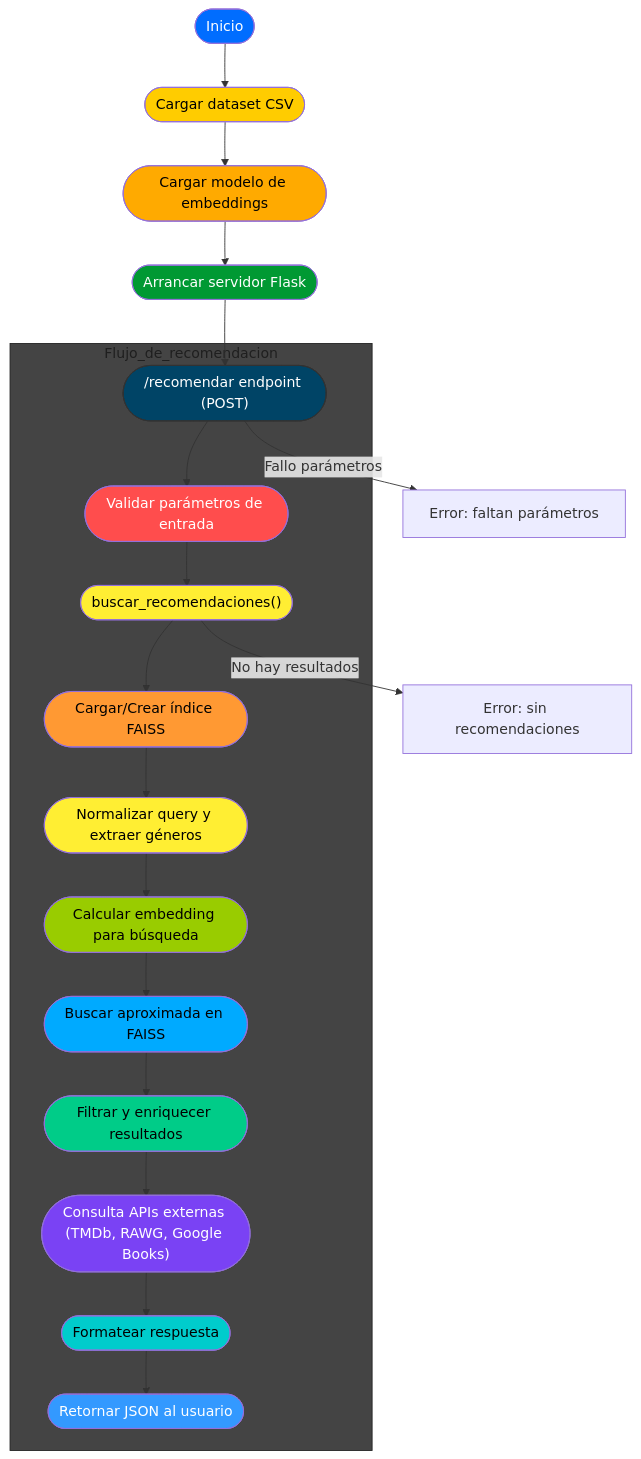
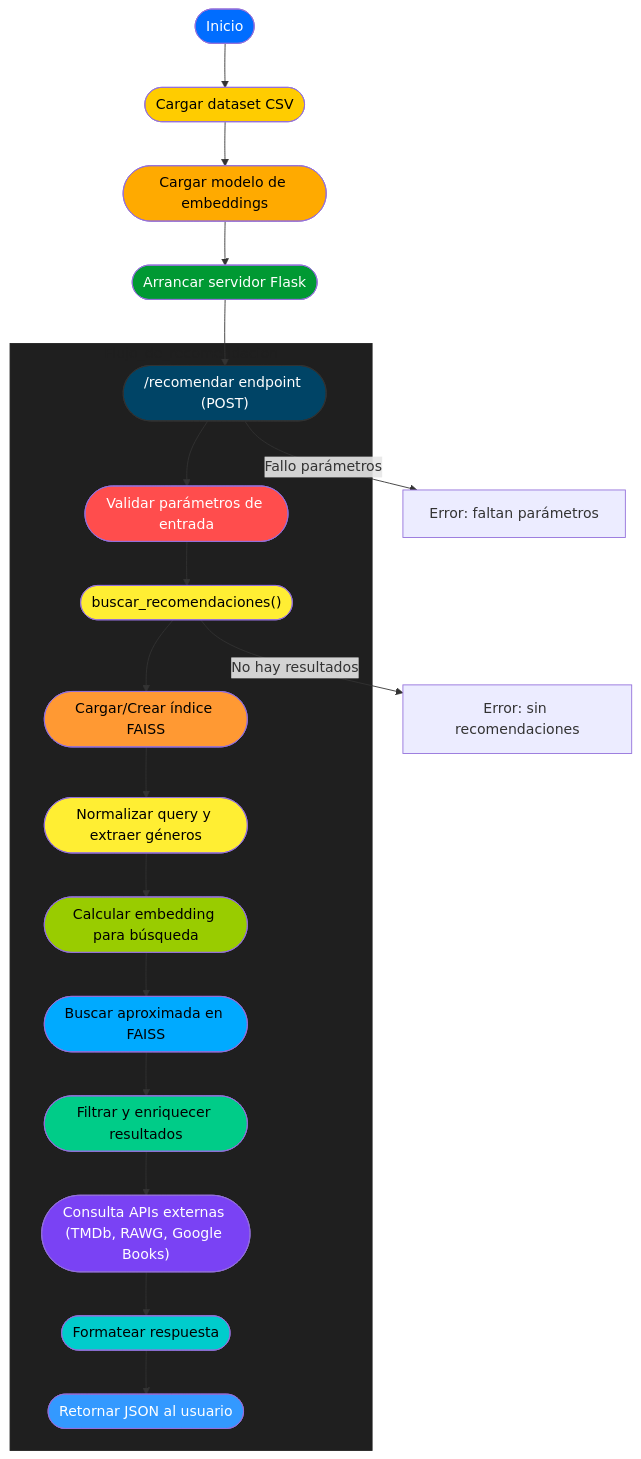
The diagram in README.md (GerardoBlazquez/Sistema-de-Recomendaciones-Cruzadas), drawn with Mermaid before and after one commit.

````diff
--- a/README.md
+++ b/README.md
@@ -45,50 +45,50 @@
 ```mermaid
 flowchart TD
     INICIO([Inicio])
     LOAD_DATASET(["Cargar dataset CSV"])
     LOAD_MODEL(["Cargar modelo de embeddings"])
     START_FLASK(["Arrancar servidor Flask"])
     RECOMENDAR_ENDPOINT(["/recomendar endpoint (POST)"])
 
     INICIO --> LOAD_DATASET
     LOAD_DATASET --> LOAD_MODEL
     LOAD_MODEL --> START_FLASK
     START_FLASK --> RECOMENDAR_ENDPOINT
 
     subgraph Flujo_de_recomendacion
         RECOMENDAR_ENDPOINT --> VALIDA_PARAMS(["Validar parámetros de entrada"])
         VALIDA_PARAMS --> BUSCA_RECOMENDACIONES(["buscar_recomendaciones()"])
         BUSCA_RECOMENDACIONES --> DATOS_INDEX(["Cargar/Crear índice FAISS"])
         DATOS_INDEX --> NORMALIZA_QUERY(["Normalizar query y extraer géneros"])
         NORMALIZA_QUERY --> CALC_EMBEDDING(["Calcular embedding para búsqueda"])
         CALC_EMBEDDING --> FAISS_SEARCH(["Buscar aproximada en FAISS"])
         FAISS_SEARCH --> FILTRA_RESULTADOS(["Filtrar y enriquecer resultados"])
         FILTRA_RESULTADOS --> EXTERNAL_API(["Consulta APIs externas (TMDb, RAWG, Google Books)"])
         EXTERNAL_API --> FORMATEA_RESPONSE(["Formatear respuesta"])
         FORMATEA_RESPONSE --> RETURN_JSON(["Retornar JSON al usuario"])
     end
 
     RECOMENDAR_ENDPOINT -->|Fallo parámetros| ERROR_PARAMS["Error: faltan parámetros"]
     BUSCA_RECOMENDACIONES -->|No hay resultados| ERROR_NO_RESULTS["Error: sin recomendaciones"]
 
     %% Estilos con más contraste
     style INICIO fill:#006dff,color:#ffffff
     style LOAD_DATASET fill:#ffcc00,color:#000000
     style LOAD_MODEL fill:#ffaa00,color:#000000
     style START_FLASK fill:#009933,color:#ffffff
     style RECOMENDAR_ENDPOINT fill:#004466,stroke:#333,color:#ffffff
 
     style VALIDA_PARAMS fill:#ff4d4d,color:#ffffff
     style BUSCA_RECOMENDACIONES fill:#ffee33,color:#000000
     style DATOS_INDEX fill:#ff9933,color:#000000
     style NORMALIZA_QUERY fill:#ffee33,color:#000000
     style CALC_EMBEDDING fill:#99cc00,color:#000000
     style FAISS_SEARCH fill:#00aaff,color:#000000
     style FILTRA_RESULTADOS fill:#00cc88,color:#000000
     style EXTERNAL_API fill:#7a42f4,color:#ffffff
     style FORMATEA_RESPONSE fill:#00cccc,color:#000000
     style RETURN_JSON fill:#3399ff,color:#ffffff
 
     %% Color del subgrafo
-    style Flujo_de_recomendacion fill:#444444,stroke:#222222,color:#1f1f1f
+    style Flujo_de_recomendacion fill:#1f1f1f,stroke:#222222,color:#1f1f1f
 ```
````
